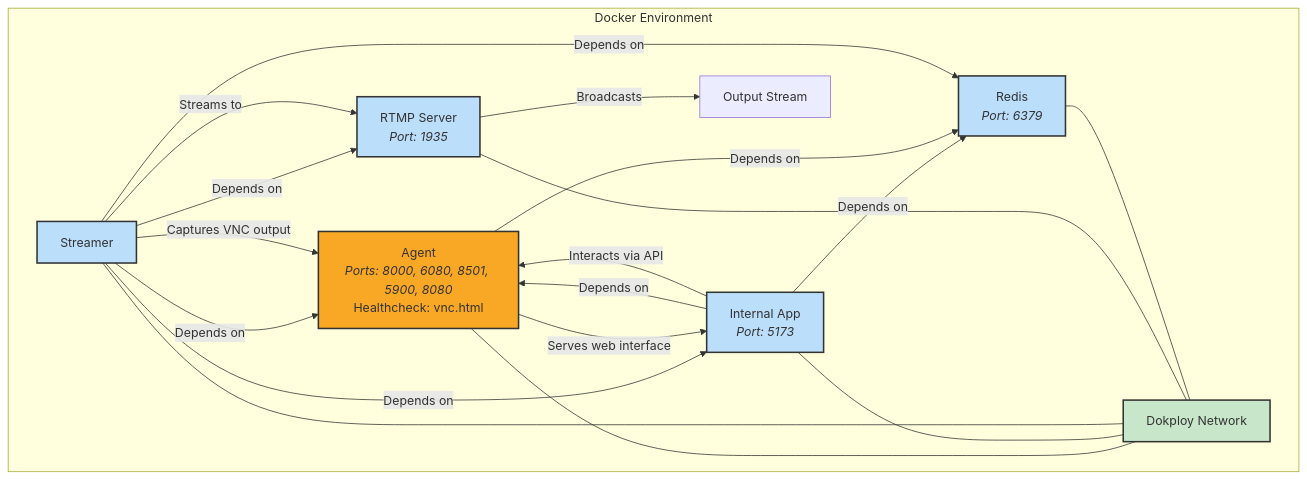
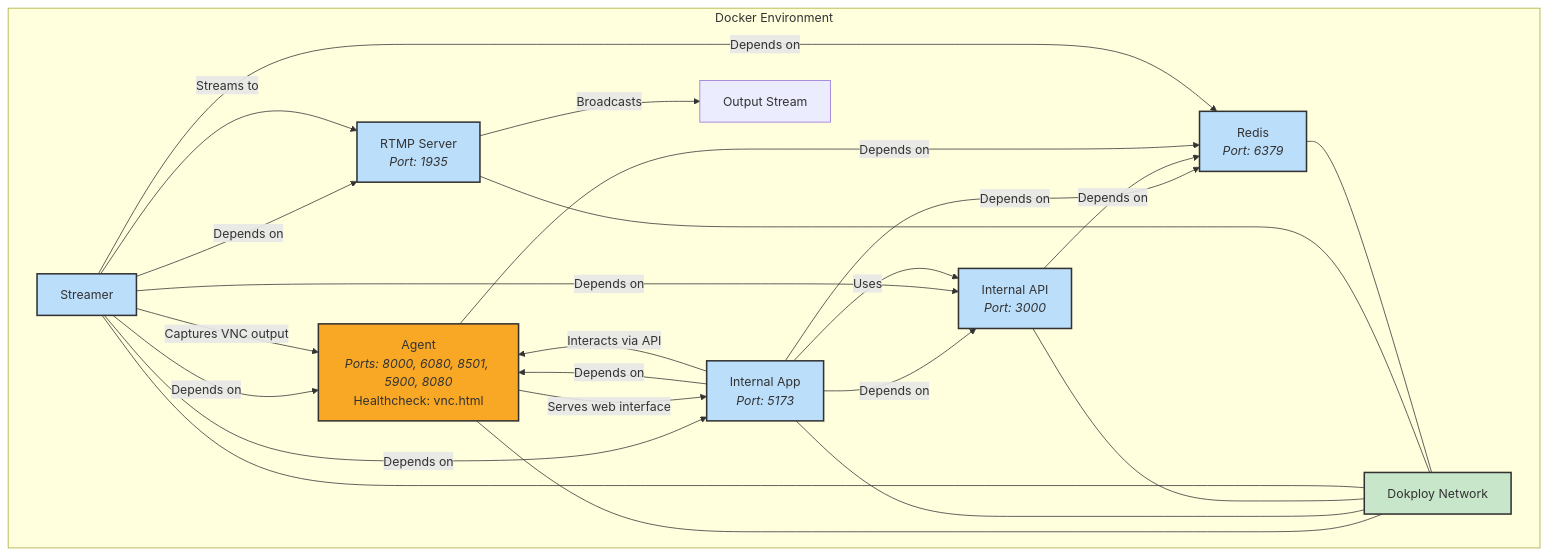
Before and after one commit to microchipgnu/ethglobal-trifecta-hackathon: the diagram in README.md, drawn with Mermaid. The commit also changed other lines of this file and 9 other files, not shown here.

````diff
--- a/README.md
+++ b/README.md
@@ -100,44 +102,51 @@
 ```mermaid
 flowchart TD
     %% Docker Environment
     subgraph "Docker Environment"
         %% Services
         agent[Agent<br><i>Ports: 8000, 6080, 8501, 5900, 8080</i><br>Healthcheck: vnc.html]:::mainService
         internal_app[Internal App<br><i>Port: 5173</i>]:::service
+        internal_api[Internal API<br><i>Port: 3000</i>]:::service
         rtmp[RTMP Server<br><i>Port: 1935</i>]:::service
         streamer[Streamer]:::service
         redis[Redis<br><i>Port: 6379</i>]:::service
         output[Output Stream]
 
         %% Dependencies
         internal_app -->|Depends on| agent
+        internal_app -->|Depends on| internal_api
         internal_app -->|Depends on| redis
+        
+        internal_api -->|Depends on| redis
         
         agent -->|Depends on| redis
         
         streamer -->|Depends on| agent
         streamer -->|Depends on| rtmp
         streamer -->|Depends on| internal_app
+        streamer -->|Depends on| internal_api
         streamer -->|Depends on| redis
         
         %% Data Flow
         agent -->|Serves web interface| internal_app
         internal_app -->|Interacts via API| agent
+        internal_app -->|Uses| internal_api
         streamer -->|Captures VNC output| agent
         streamer -->|Streams to| rtmp
         rtmp -->|Broadcasts| output
         
         %% All services connected to network
         network[Dokploy Network]:::network
         agent --- network
         internal_app --- network
+        internal_api --- network
         streamer --- network
         rtmp --- network
         redis --- network
     end
 
     %% Styling
     classDef mainService fill:#f9a825,stroke:#333,stroke-width:2px;
     classDef service fill:#bbdefb,stroke:#333,stroke-width:2px;
     classDef network fill:#c8e6c9,stroke:#333,stroke-width:2px;
 ```
````
